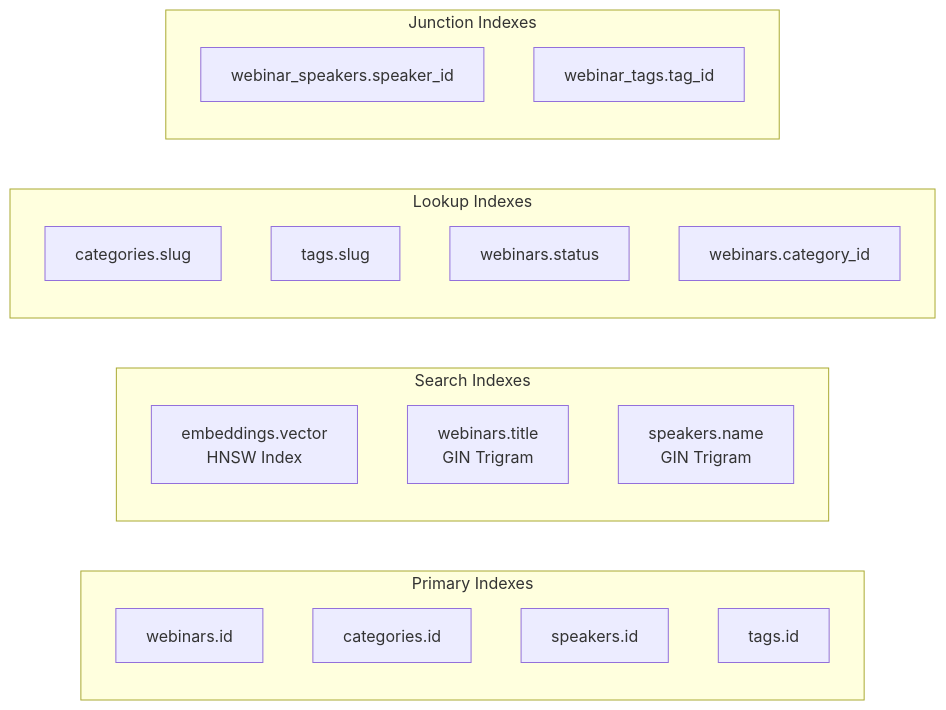
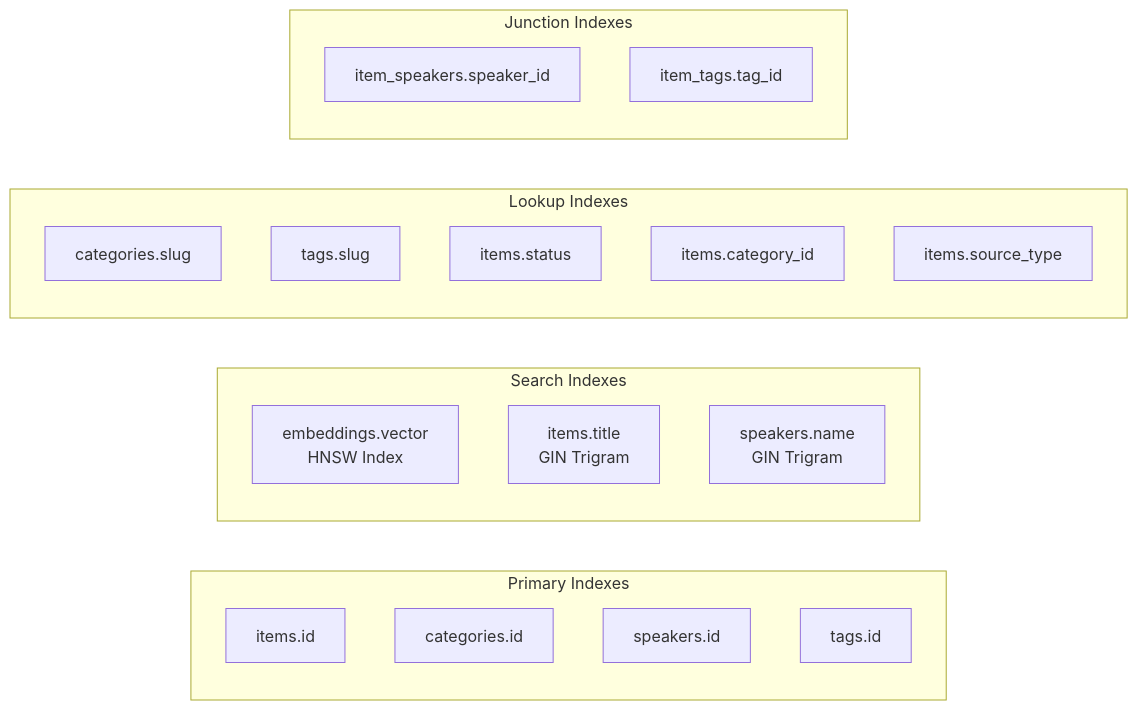
The third of 4 diagrams in docs/03_design/database_erd.md (x54-studio/hr-search), drawn with Mermaid before and after one commit. The commit also changed other lines of this file and 4 other files, not shown here.

Commit message:
docs: update technical docs for items schema and new API endpoints

````diff
--- a/docs/03_design/database_erd.md
+++ b/docs/03_design/database_erd.md
@@ -104,27 +105,28 @@
 ```mermaid
 graph LR
     subgraph Primary Indexes
-        PK1[webinars.id]
+        PK1[items.id]
         PK2[categories.id]
         PK3[speakers.id]
         PK4[tags.id]
     end
-    
+
     subgraph Search Indexes
         HNSW[embeddings.vector<br/>HNSW Index]
-        TRGM1[webinars.title<br/>GIN Trigram]
+        TRGM1[items.title<br/>GIN Trigram]
         TRGM2[speakers.name<br/>GIN Trigram]
     end
-    
+
     subgraph Lookup Indexes
         IDX1[categories.slug]
         IDX2[tags.slug]
-        IDX3[webinars.status]
-        IDX4[webinars.category_id]
+        IDX3[items.status]
+        IDX4[items.category_id]
+        IDX5[items.source_type]
     end
-    
+
     subgraph Junction Indexes
-        JX1[webinar_speakers.speaker_id]
-        JX2[webinar_tags.tag_id]
+        JX1[item_speakers.speaker_id]
+        JX2[item_tags.tag_id]
     end
 ```
````
